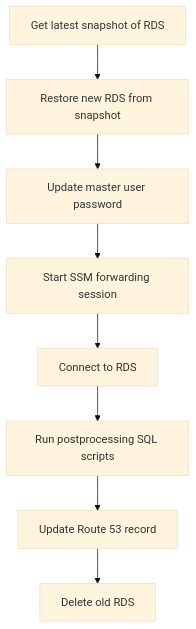
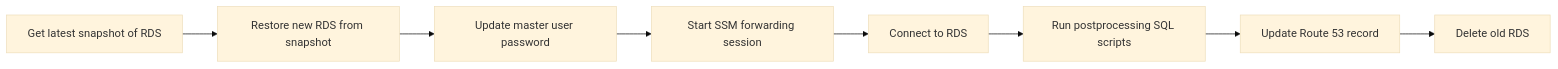
The second of 2 diagrams in static/posts/2/index.md (lasuillard/lasuillard.github.io), drawn with Mermaid (base theme) before and after one commit. The commit also changed other lines of this file and 33 other files, not shown here.

````diff
--- a/static/posts/2/index.md
+++ b/static/posts/2/index.md
@@ -188,11 +179,11 @@
 ```mermaid
-graph TB
+graph LR
   get-latest-snapshot[Get latest snapshot of RDS]
   --> restore-from-latest-snapshot[Restore new RDS from snapshot]
   --> update-master-password[Update master user password]
   --> start-ssm-forwarding-session[Start SSM forwarding session]
   --> connect[Connect to RDS]
   --> run-postproc[Run postprocessing SQL scripts]
   --> update-route53-record[Update Route 53 record]
   --> delete-old-rds[Delete old RDS]
 ```
````
